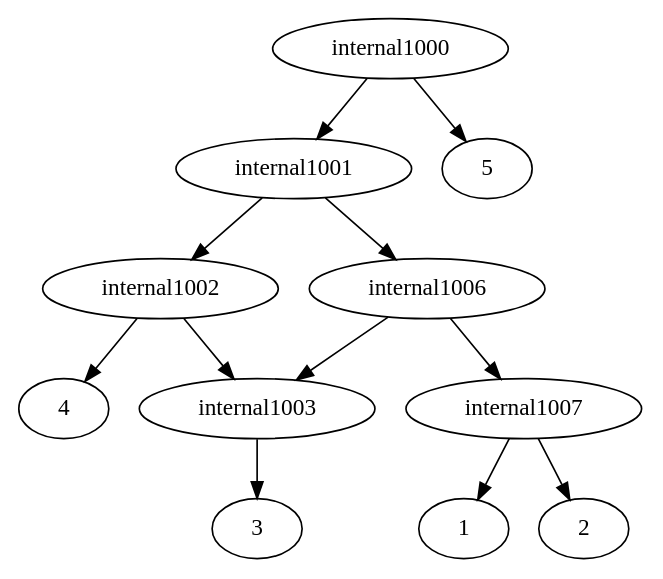
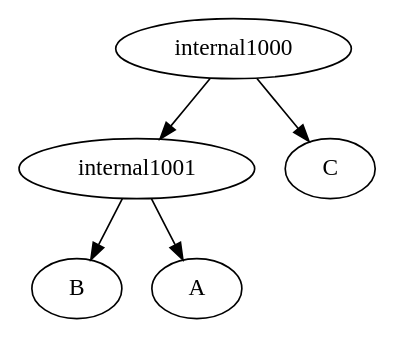
The diagram in ParsingTxt/upload.dot (iharnoor/PhylogeneticsWebsite), drawn with Graphviz before and after one commit. The commit also changed 8 other files, not shown here.

```diff
--- a/ParsingTxt/upload.dot
+++ b/ParsingTxt/upload.dot
@@ -1,14 +1,6 @@
 strict digraph G1 {
+internal1001 -> B
+internal1001 -> A
+internal1000 -> C
 internal1000 -> internal1001
-internal1000 -> 5
-internal1001 -> internal1002
-internal1001 -> internal1006
-internal1002 -> internal1003
-internal1002 -> 4
-internal1003 -> 3
-internal1006 -> internal1007
-internal1006 -> internal1003
-internal1007 -> 1
-internal1007 -> 2
-internal1003 -> 3
 }
```
